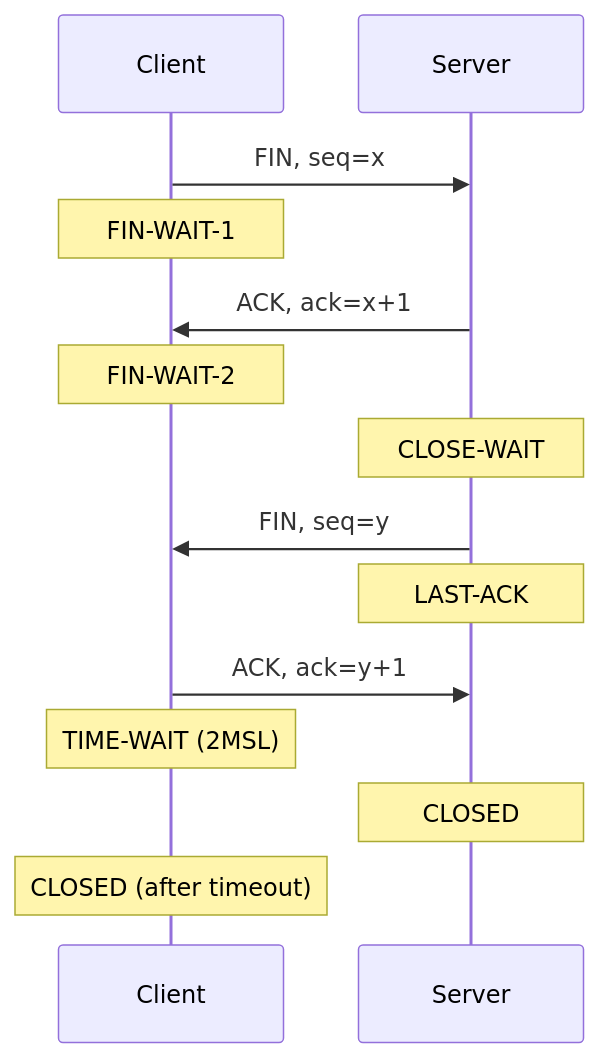
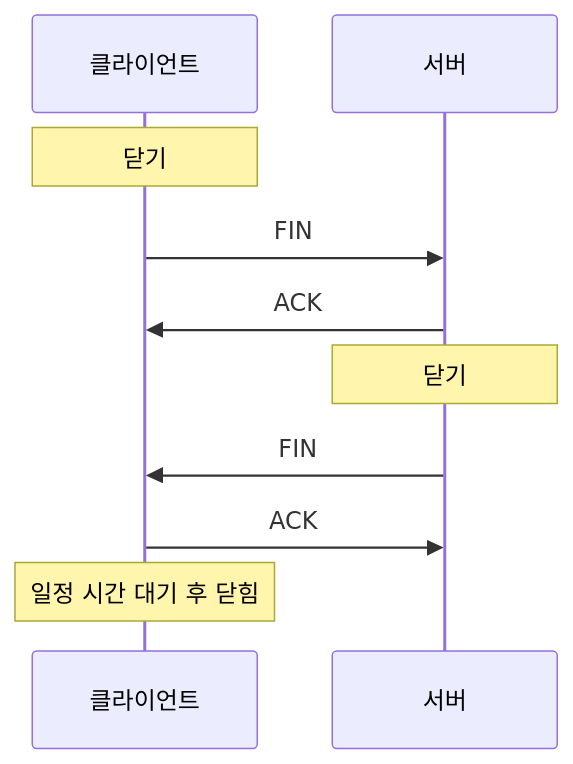
Before and after one commit to Choroning/25Spring_Computer-Networks: the seventh of 27 diagrams in Lecture-Notes/Ch08_Transmission-Control-Protocol/Concepts_Lecture.ko.md, drawn with Mermaid. The commit also changed other lines of this file and 20 other files, not shown here.

````diff
--- a/Lecture-Notes/Ch08_Transmission-Control-Protocol/Concepts_Lecture.ko.md
+++ b/Lecture-Notes/Ch08_Transmission-Control-Protocol/Concepts_Lecture.ko.md
@@ -273,17 +547,12 @@
 ```mermaid
 sequenceDiagram
-    participant C as Client
-    participant S as Server
-
-    C->>S: FIN, seq=x
-    Note over C: FIN-WAIT-1
-    S->>C: ACK, ack=x+1
-    Note over C: FIN-WAIT-2
-    Note over S: CLOSE-WAIT
-    S->>C: FIN, seq=y
-    Note over S: LAST-ACK
-    C->>S: ACK, ack=y+1
-    Note over C: TIME-WAIT (2MSL)
-    Note over S: CLOSED
-    Note over C: CLOSED (after timeout)
+    participant C as 클라이언트
+    participant S as 서버
+    Note over C: 닫기
+    C->>S: FIN
+    S->>C: ACK
+    Note over S: 닫기
+    S->>C: FIN
+    C->>S: ACK
+    Note over C: 일정 시간 대기 후 닫힘
 ```
````
